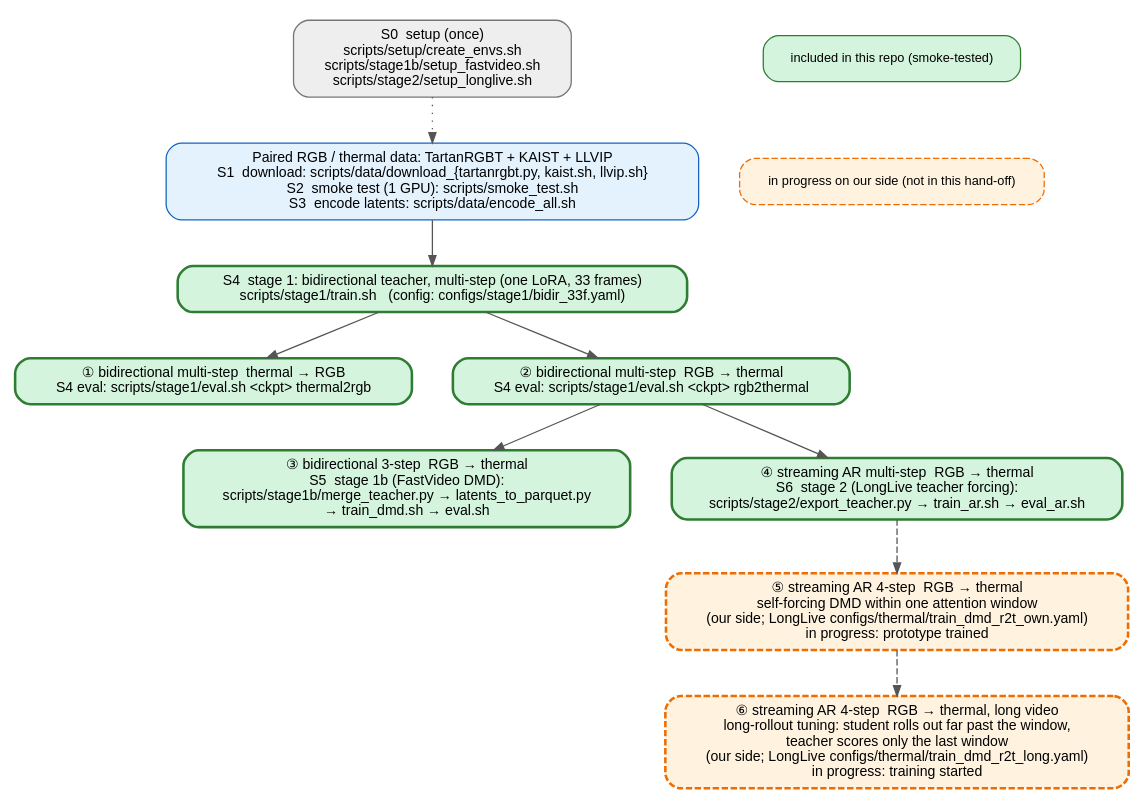
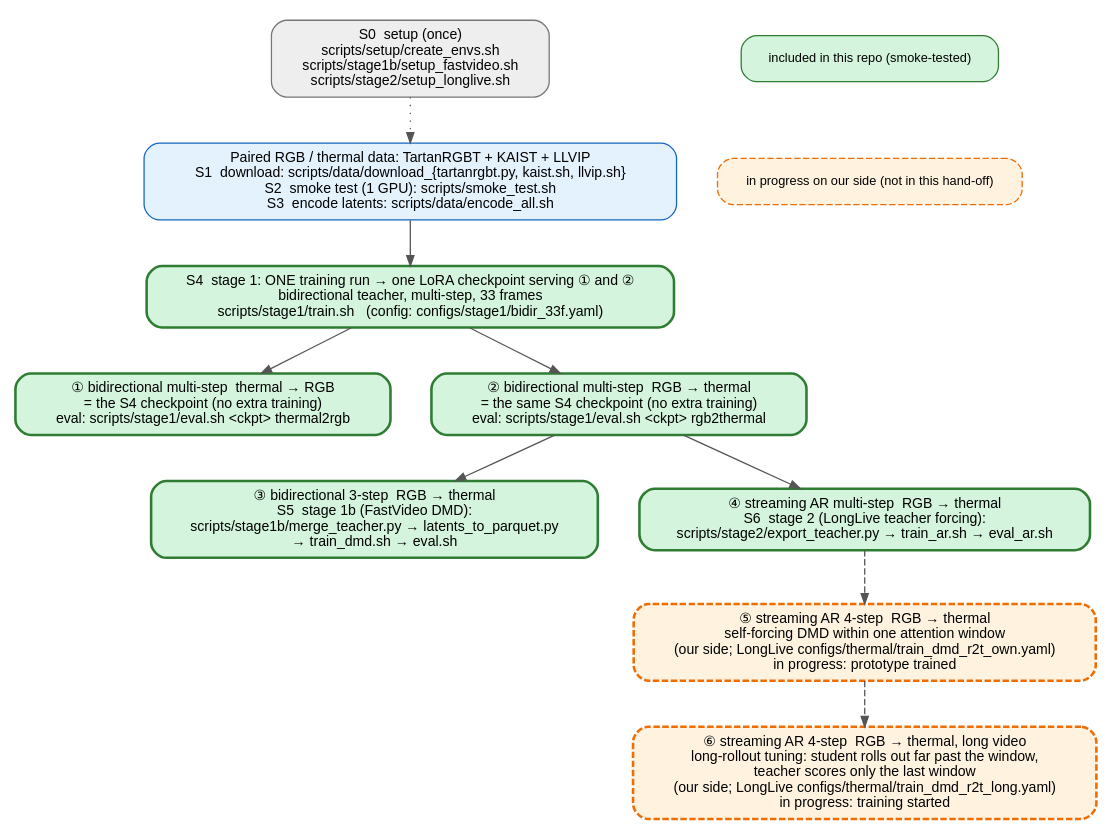
Before and after one commit to Greenery-S/thermal_v2v: the diagram in assets/model_tree.dot, drawn with Graphviz. The commit also changed 1 other file, not shown here.

Commit message:
Model tree: S4 is one training run serving both directions
Claude-Session: https://claude.ai/code/session_01NBTj3S3TNdiismT1XzBazh

```diff
--- a/assets/model_tree.dot
+++ b/assets/model_tree.dot
@@ -1,20 +1,20 @@
 digraph G {
   rankdir=TB; nodesep=0.45; ranksep=0.5; bgcolor="white";
   node [shape=box, style="rounded,filled", fontname="Helvetica", fontsize=11, margin="0.16,0.08"];
   edge [color="#555555", arrowsize=0.8];
   S0  [label="S0  setup (once)\nscripts/setup/create_envs.sh\nscripts/stage1b/setup_fastvideo.sh\nscripts/stage2/setup_longlive.sh", fillcolor="#eeeeee", color="#777777"];
   D   [label="Paired RGB / thermal data: TartanRGBT + KAIST + LLVIP\nS1  download: scripts/data/download_{tartanrgbt.py, kaist.sh, llvip.sh}\nS2  smoke test (1 GPU): scripts/smoke_test.sh\nS3  encode latents: scripts/data/encode_all.sh", fillcolor="#e3f2fd", color="#1565c0"];
-  B   [label="S4  stage 1: bidirectional teacher, multi-step (one LoRA, 33 frames)\nscripts/stage1/train.sh   (config: configs/stage1/bidir_33f.yaml)", fillcolor="#d4f4dd", color="#2e7d32", penwidth=2];
-  T2R [label="① bidirectional multi-step  thermal → RGB\nS4 eval: scripts/stage1/eval.sh <ckpt> thermal2rgb", fillcolor="#d4f4dd", color="#2e7d32", penwidth=2];
-  R2T [label="② bidirectional multi-step  RGB → thermal\nS4 eval: scripts/stage1/eval.sh <ckpt> rgb2thermal", fillcolor="#d4f4dd", color="#2e7d32", penwidth=2];
+  B   [label="S4  stage 1: ONE training run → one LoRA checkpoint serving ① and ②\nbidirectional teacher, multi-step, 33 frames\nscripts/stage1/train.sh   (config: configs/stage1/bidir_33f.yaml)", fillcolor="#d4f4dd", color="#2e7d32", penwidth=2];
+  T2R [label="① bidirectional multi-step  thermal → RGB\n= the S4 checkpoint (no extra training)\neval: scripts/stage1/eval.sh <ckpt> thermal2rgb", fillcolor="#d4f4dd", color="#2e7d32", penwidth=2];
+  R2T [label="② bidirectional multi-step  RGB → thermal\n= the same S4 checkpoint (no extra training)\neval: scripts/stage1/eval.sh <ckpt> rgb2thermal", fillcolor="#d4f4dd", color="#2e7d32", penwidth=2];
   FS  [label="③ bidirectional 3-step  RGB → thermal\nS5  stage 1b (FastVideo DMD):\nscripts/stage1b/merge_teacher.py → latents_to_parquet.py\n→ train_dmd.sh → eval.sh", fillcolor="#d4f4dd", color="#2e7d32", penwidth=2];
   AR  [label="④ streaming AR multi-step  RGB → thermal\nS6  stage 2 (LongLive teacher forcing):\nscripts/stage2/export_teacher.py → train_ar.sh → eval_ar.sh", fillcolor="#d4f4dd", color="#2e7d32", penwidth=2];
   SF  [label="⑤ streaming AR 4-step  RGB → thermal\nself-forcing DMD within one attention window\n(our side; LongLive configs/thermal/train_dmd_r2t_own.yaml)\nin progress: prototype trained", fillcolor="#fff3e0", color="#ef6c00", style="rounded,filled,dashed", penwidth=2];
   LR  [label="⑥ streaming AR 4-step  RGB → thermal, long video\nlong-rollout tuning: student rolls out far past the window,\nteacher scores only the last window\n(our side; LongLive configs/thermal/train_dmd_r2t_long.yaml)\nin progress: training started", fillcolor="#fff3e0", color="#ef6c00", style="rounded,filled,dashed", penwidth=2];
   S0 -> D [style=dotted]; D -> B; B -> T2R; B -> R2T; R2T -> FS; R2T -> AR;
   AR -> SF [style=dashed]; SF -> LR [style=dashed];
   subgraph cluster_legend { label=""; color="white";
     L1 [label="included in this repo (smoke-tested)", fillcolor="#d4f4dd", color="#2e7d32", fontsize=10];
     L2 [label="in progress on our side (not in this hand-off)", fillcolor="#fff3e0", color="#ef6c00", style="rounded,filled,dashed", fontsize=10];
     L1 -> L2 [style=invis]; }
 }
```
